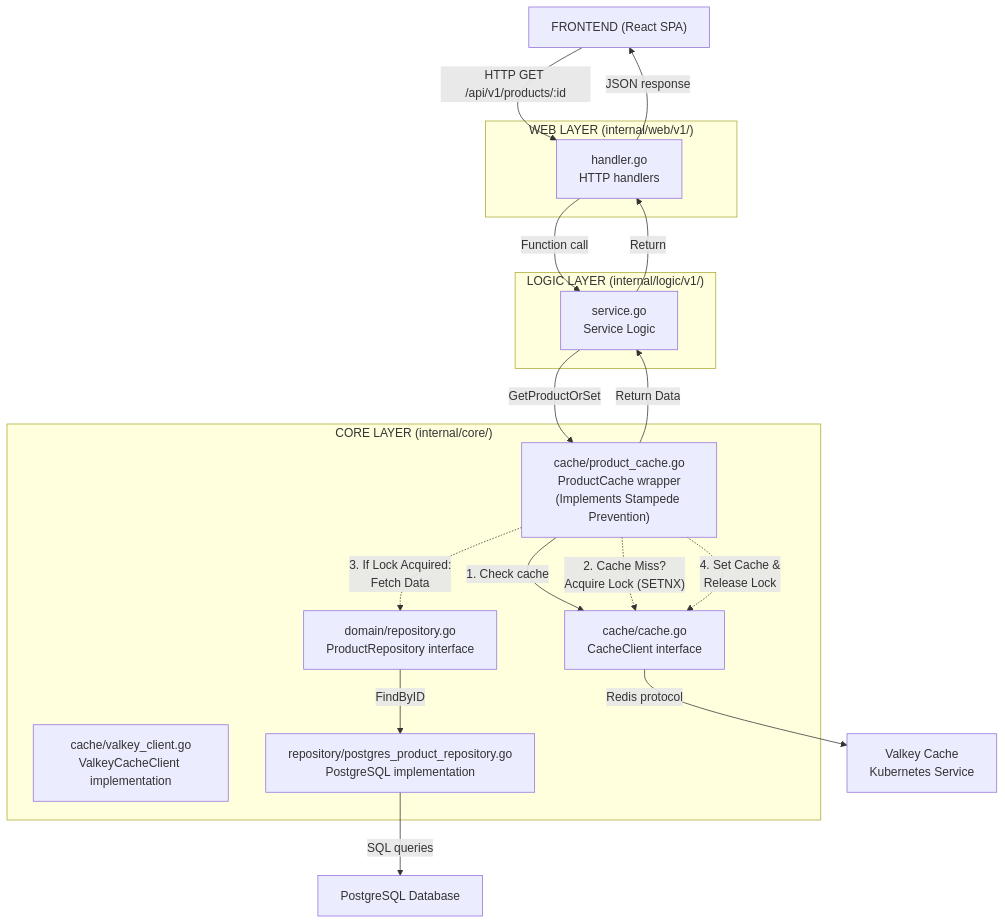
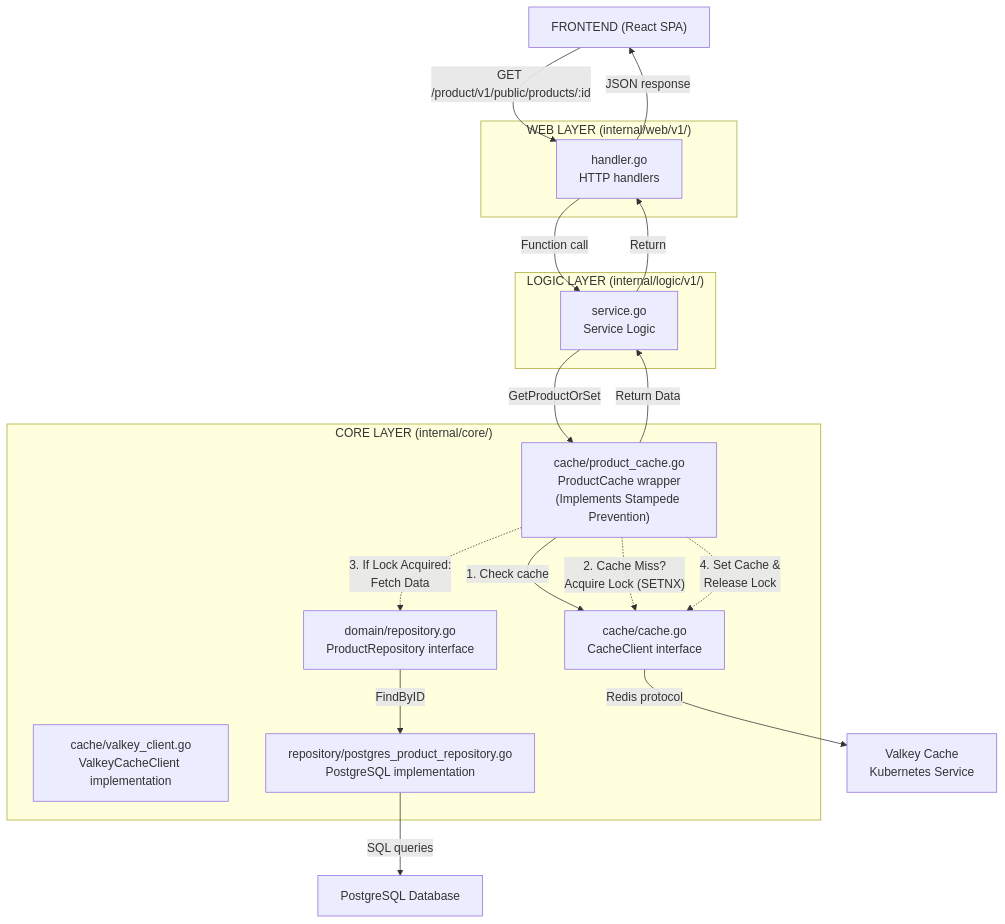
One commit to duynhlab/homelab changed the diagram in docs/caching/caching.md. Above: the diagram before and after it, drawn with Mermaid. The commit also changed other lines of this file and 1 other file, not shown here.

First line of the commit message:
Refresh caching docs to match product-service v1 routes

````diff
--- a/docs/caching/caching.md
+++ b/docs/caching/caching.md
@@ -18,37 +18,37 @@
 ```mermaid
 flowchart TD
     Frontend["FRONTEND (React SPA)"]
     
     subgraph WebLayer["WEB LAYER (internal/web/v1/)"]
         WebHandler["handler.go<br/>HTTP handlers"]
     end
     
     subgraph LogicLayer["LOGIC LAYER (internal/logic/v1/)"]
         LogicService["service.go<br/>Service Logic"]
     end
     
     subgraph CoreLayer["CORE LAYER (internal/core/)"]
         ProductCache["cache/product_cache.go<br/>ProductCache wrapper<br/>(Implements Stampede Prevention)"]
         CacheClient["cache/cache.go<br/>CacheClient interface"]
         ValkeyClient["cache/valkey_client.go<br/>ValkeyCacheClient implementation"]
         RepoInterface["domain/repository.go<br/>ProductRepository interface"]
         RepoImpl["repository/postgres_product_repository.go<br/>PostgreSQL implementation"]
     end
     
     Valkey["Valkey Cache<br/>Kubernetes Service"]
     PostgreSQL["PostgreSQL Database"]
     
-    Frontend -->|"HTTP GET /api/v1/products/:id"| WebHandler
+    Frontend -->|"GET /product/v1/public/products/:id"| WebHandler
     WebHandler -->|"Function call"| LogicService
     LogicService -->|"GetProductOrSet"| ProductCache
     ProductCache -->|"1. Check cache"| CacheClient
     CacheClient -->|"Redis protocol"| Valkey
     ProductCache -.->|"2. Cache Miss?<br/>Acquire Lock (SETNX)"| CacheClient
     ProductCache -.->|"3. If Lock Acquired:<br/>Fetch Data"| RepoInterface
     RepoInterface -->|"FindByID"| RepoImpl
     RepoImpl -->|"SQL queries"| PostgreSQL
     ProductCache -.->|"4. Set Cache &<br/>Release Lock"| CacheClient
     ProductCache -->|"Return Data"| LogicService
     LogicService -->|"Return"| WebHandler
     WebHandler -->|"JSON response"| Frontend
 ```
````
